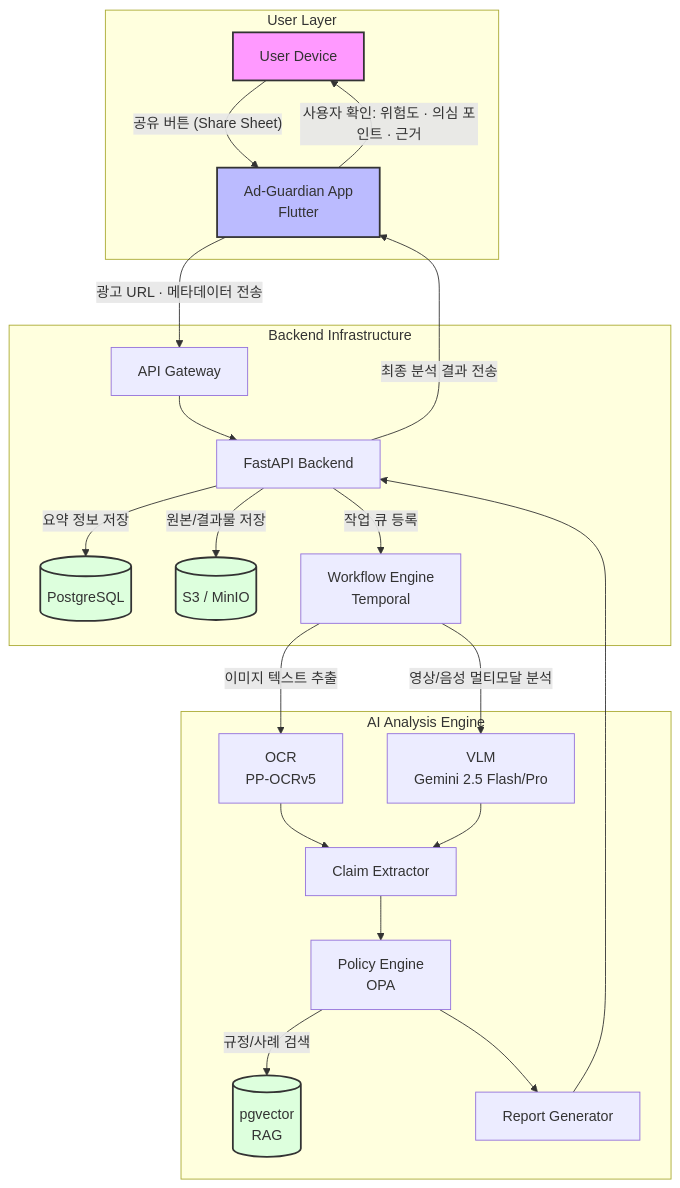
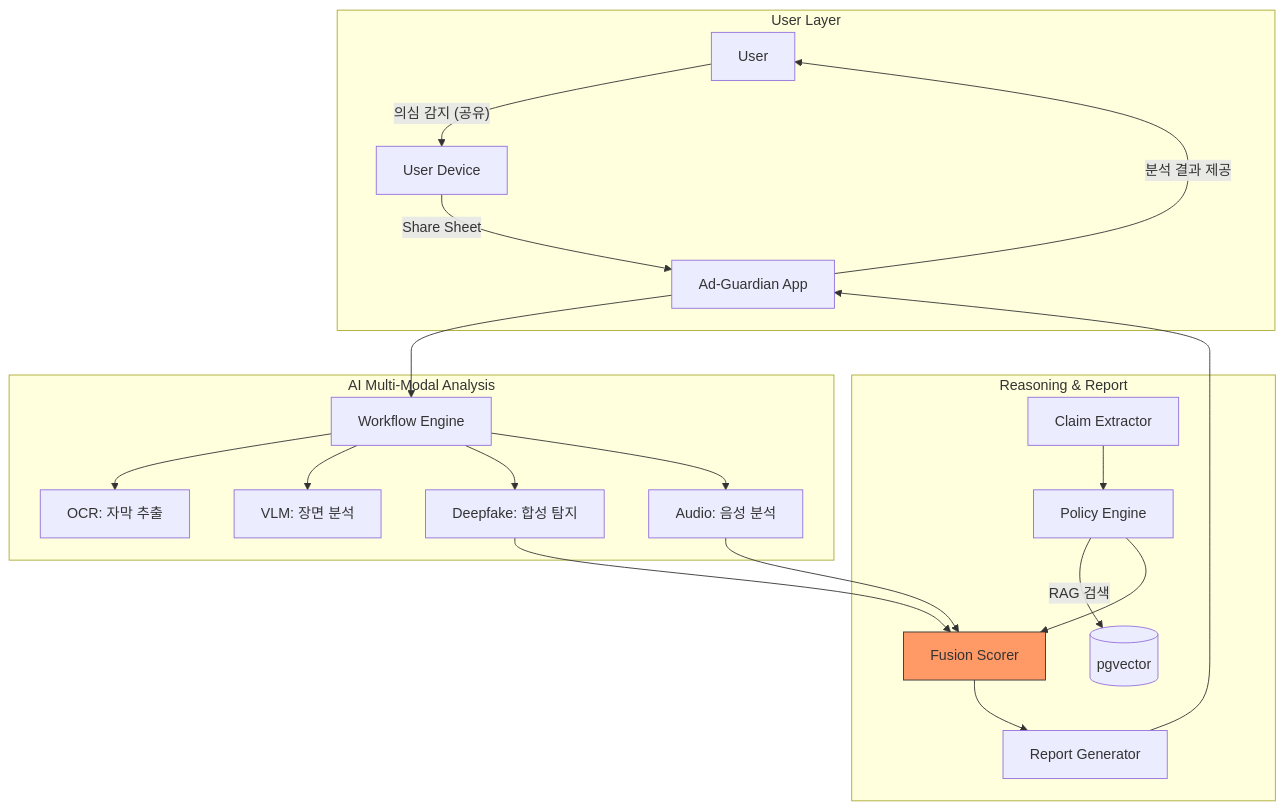
Before and after one commit to codewhite7777/codyssey_E2-1: the diagram in docs/proposal/05_system_architecture.md, drawn with Mermaid.

Commit message:
5번 아키텍쳐 업데이트

````diff
--- a/docs/proposal/05_system_architecture.md
+++ b/docs/proposal/05_system_architecture.md
@@ -12,50 +12,27 @@
 ```mermaid
 graph TD
     subgraph "User Layer"
-        UD[User Device] -- "공유 버튼 (Share Sheet)" --> APP[Ad-Guardian App <br/>Flutter]
+        U[User] -- "의심 감지 (공유)" --> UD[User Device]
+        UD -- "Share Sheet" --> APP[Ad-Guardian App]
     end
 
-    subgraph "Backend Infrastructure"
-        GW[API Gateway]
-        BE[FastAPI Backend]
-        DB[(PostgreSQL)]
-        S3[(S3 / MinIO)]
-        WF[Workflow Engine <br/>Temporal]
+    subgraph "AI Multi-Modal Analysis"
+        WF[Workflow Engine] --> OCR[OCR: 자막 추출]
+        WF --> VLM[VLM: 장면 분석]
+        WF --> DF[Deepfake: 합성 탐지]
+        WF --> AF[Audio: 음성 분석]
     end
 
-    subgraph "AI Analysis Engine"
-        OCR[OCR <br/>PP-OCRv5]
-        VLM[VLM <br/>Gemini 2.5 Flash/Pro]
-        CE[Claim Extractor]
-        PE[Policy Engine <br/>OPA]
-        VDB[(pgvector <br/>RAG)]
-        RG[Report Generator]
+    subgraph "Reasoning & Report"
+        CE[Claim Extractor] --> PE[Policy Engine]
+        PE -- "RAG 검색" --> VDB[(pgvector)]
+        PE & DF & AF --> FS[Fusion Scorer]
+        FS --> RG[Report Generator]
     end
 
-    %% Flow Connections
-    APP -- "광고 URL · 메타데이터 전송" --> GW
-    GW --> BE
-    BE -- "요약 정보 저장" --> DB
-    BE -- "작업 큐 등록" --> WF
+    APP --> WF
+    RG --> APP
+    APP -- "분석 결과 제공" --> U
 
-    WF -- "이미지 텍스트 추출" --> OCR
-    WF -- "영상/음성 멀티모달 분석" --> VLM
-
-    OCR & VLM --> CE
-    CE --> PE
-    PE -- "규정/사례 검색" --> VDB
-    PE --> RG
-
-    RG --> BE
-    BE -- "원본/결과물 저장" --> S3
-    BE -- "최종 분석 결과 전송" --> APP
-
-    APP -- "사용자 확인: 위험도 · 의심 포인트 · 근거" --> UD
-
-    %% Styling
-    style UD fill:#f9f,stroke:#333,stroke-width:2px
-    style APP fill:#bbf,stroke:#333,stroke-width:2px
-    style VDB fill:#dfd,stroke:#333,stroke-width:2px
-    style S3 fill:#dfd,stroke:#333,stroke-width:2px
-    style DB fill:#dfd,stroke:#333,stroke-width:2px
+    style FS fill:#f96,stroke:#333
 ```
````
